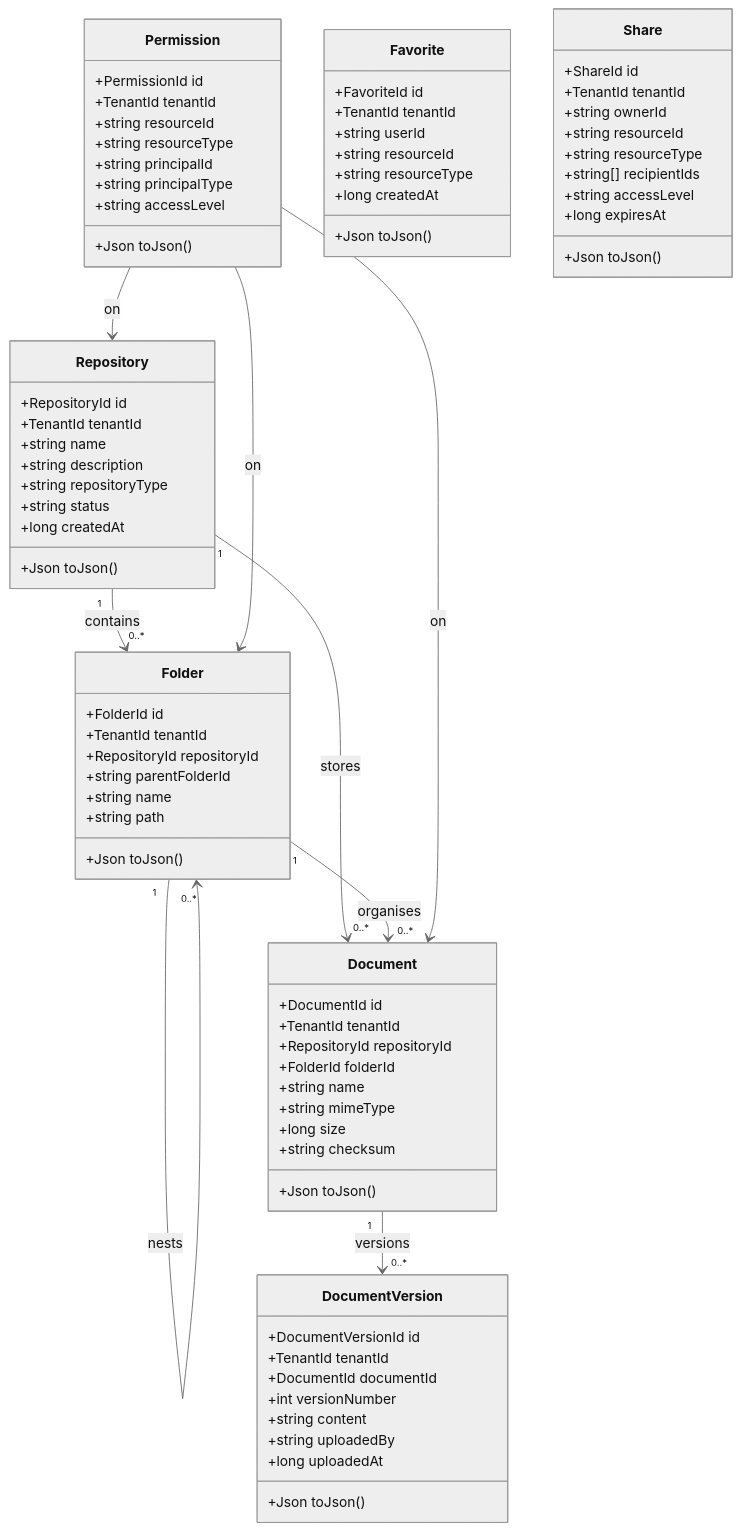
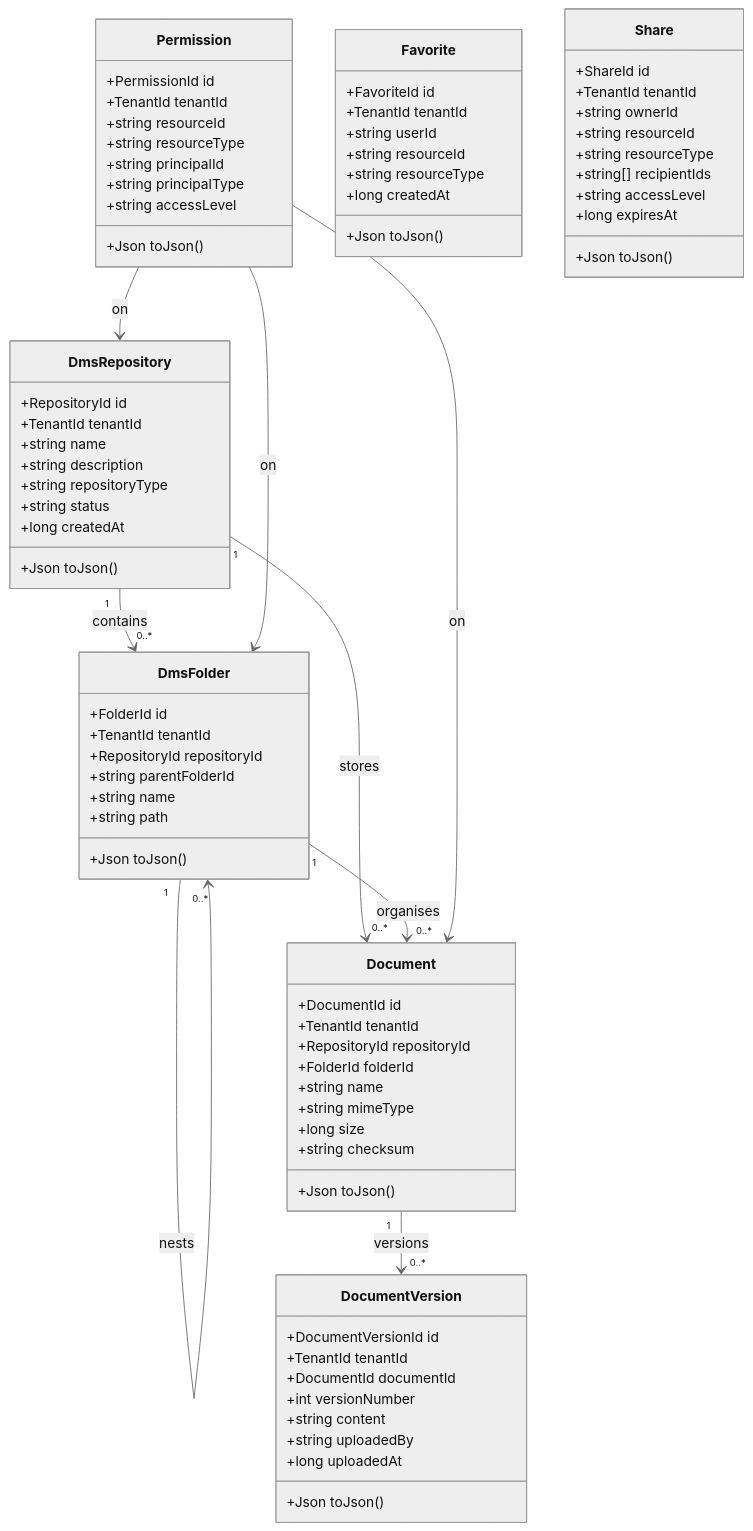
Before and after one commit to UIMSolutions/uim-platform: the first of 3 diagrams in dms-application/UML.md, drawn with Mermaid (neutral theme). The commit also changed 70 other files, not shown here.

````diff
--- a/dms-application/UML.md
+++ b/dms-application/UML.md
@@ -5,82 +5,82 @@
 ```mermaid
 classDiagram
-    class Repository {
+    class DmsRepository {
         +RepositoryId id
         +TenantId tenantId
         +string name
         +string description
         +string repositoryType
         +string status
         +long createdAt
         +Json toJson()
     }
-    class Folder {
+    class DmsFolder {
         +FolderId id
         +TenantId tenantId
         +RepositoryId repositoryId
         +string parentFolderId
         +string name
         +string path
         +Json toJson()
     }
     class Document {
         +DocumentId id
         +TenantId tenantId
         +RepositoryId repositoryId
         +FolderId folderId
         +string name
         +string mimeType
         +long size
         +string checksum
         +Json toJson()
     }
     class DocumentVersion {
         +DocumentVersionId id
         +TenantId tenantId
         +DocumentId documentId
         +int versionNumber
         +string content
         +string uploadedBy
         +long uploadedAt
         +Json toJson()
     }
     class Permission {
         +PermissionId id
         +TenantId tenantId
         +string resourceId
         +string resourceType
         +string principalId
         +string principalType
         +string accessLevel
         +Json toJson()
     }
     class Favorite {
         +FavoriteId id
         +TenantId tenantId
         +string userId
         +string resourceId
         +string resourceType
         +long createdAt
         +Json toJson()
     }
     class Share {
         +ShareId id
         +TenantId tenantId
         +string ownerId
         +string resourceId
         +string resourceType
         +string[] recipientIds
         +string accessLevel
         +long expiresAt
         +Json toJson()
     }
 
-    Repository "1" --> "0..*" Folder : contains
-    Repository "1" --> "0..*" Document : stores
-    Folder "1" --> "0..*" Folder : nests
-    Folder "1" --> "0..*" Document : organises
+    DmsRepository "1" --> "0..*" DmsFolder : contains
+    DmsRepository "1" --> "0..*" Document : stores
+    DmsFolder "1" --> "0..*" DmsFolder : nests
+    DmsFolder "1" --> "0..*" Document : organises
     Document "1" --> "0..*" DocumentVersion : versions
-    Permission --> Repository : on
-    Permission --> Folder : on
+    Permission --> DmsRepository : on
+    Permission --> DmsFolder : on
     Permission --> Document : on
 ```
````
